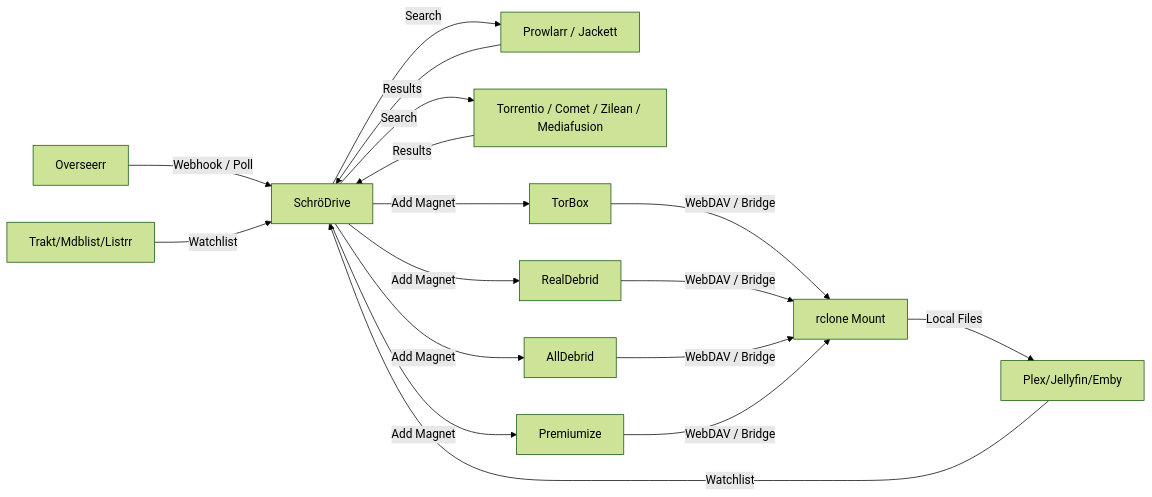
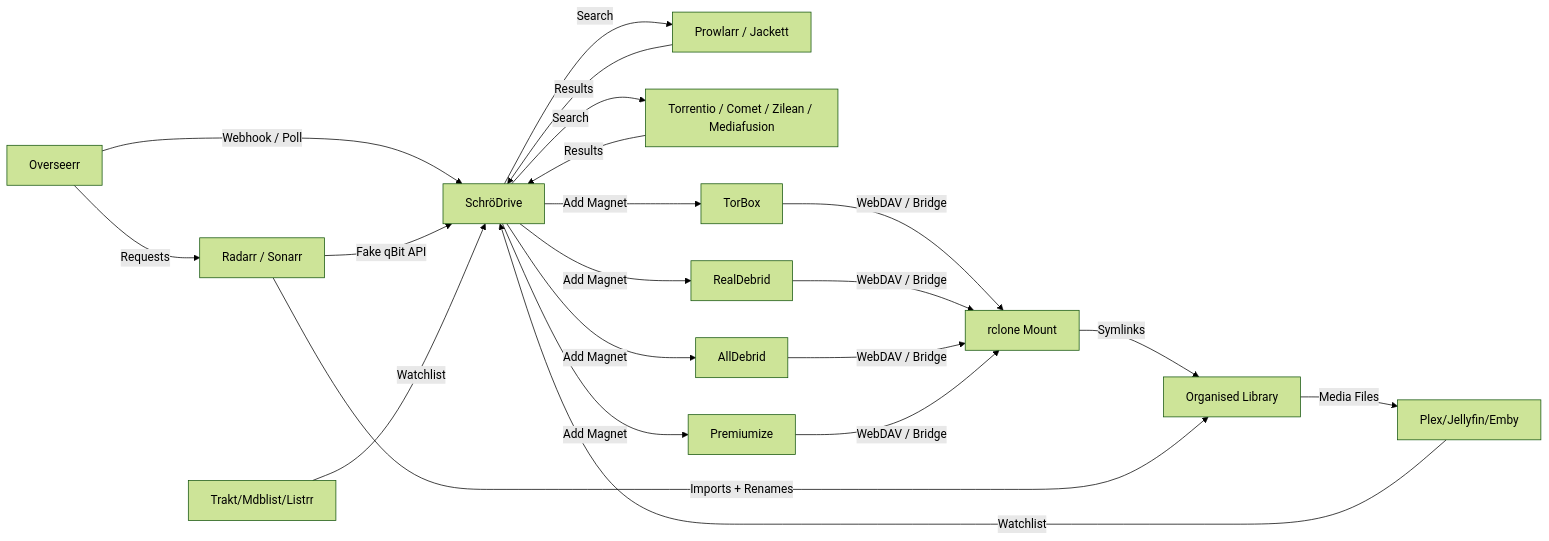
Before and after one commit to moderniselife/SchroDrive: the first of 2 diagrams in README.md, drawn with Mermaid (forest theme). The commit also changed other lines of this file and 1 other file, not shown here.

````diff
--- a/README.md
+++ b/README.md
@@ -468,19 +523,23 @@
 ```mermaid
 graph LR
     A[Overseerr] -->|Webhook / Poll| B[SchröDrive]
+    A -->|Requests| R[Radarr / Sonarr]
+    R -->|Fake qBit API| B
     C[Plex/Jellyfin/Emby] -->|Watchlist| B
     C2[Trakt/Mdblist/Listrr] -->|Watchlist| B
     B -->|Search| D[Prowlarr / Jackett]
     B -->|Search| D2[Torrentio / Comet / Zilean / Mediafusion]
     D -->|Results| B
     D2 -->|Results| B
     B -->|Add Magnet| E[TorBox]
     B -->|Add Magnet| F[RealDebrid]
     B -->|Add Magnet| G2[AllDebrid]
     B -->|Add Magnet| G3[Premiumize]
     E -->|WebDAV / Bridge| G[rclone Mount]
     F -->|WebDAV / Bridge| G
     G2 -->|WebDAV / Bridge| G
     G3 -->|WebDAV / Bridge| G
-    G -->|Local Files| C
+    G -->|Symlinks| S[Organised Library]
+    S -->|Media Files| C
+    R -->|Imports + Renames| S
 ```
````
